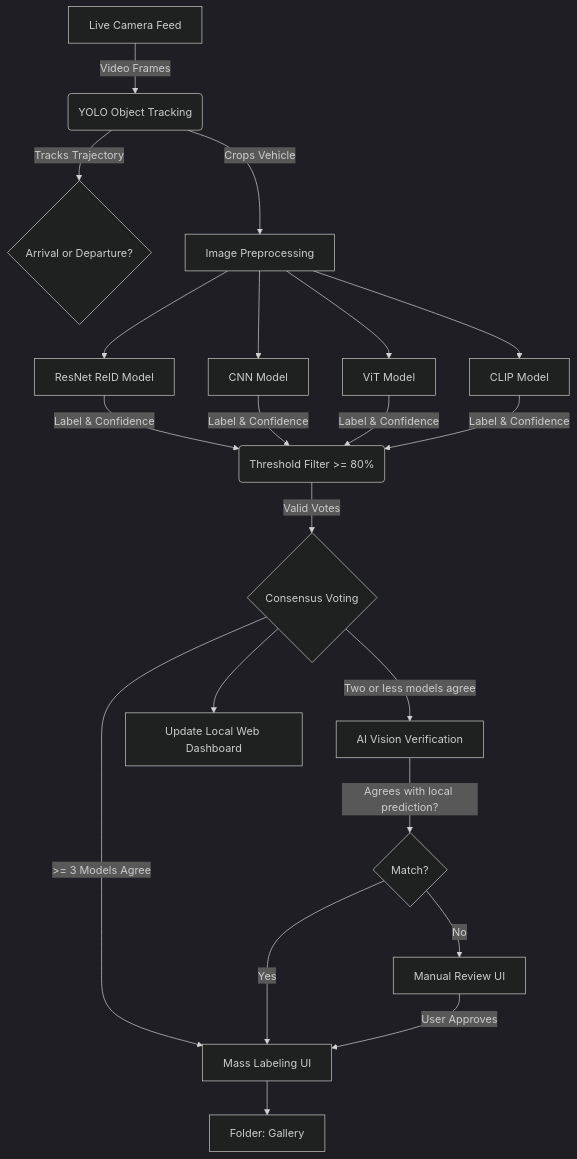
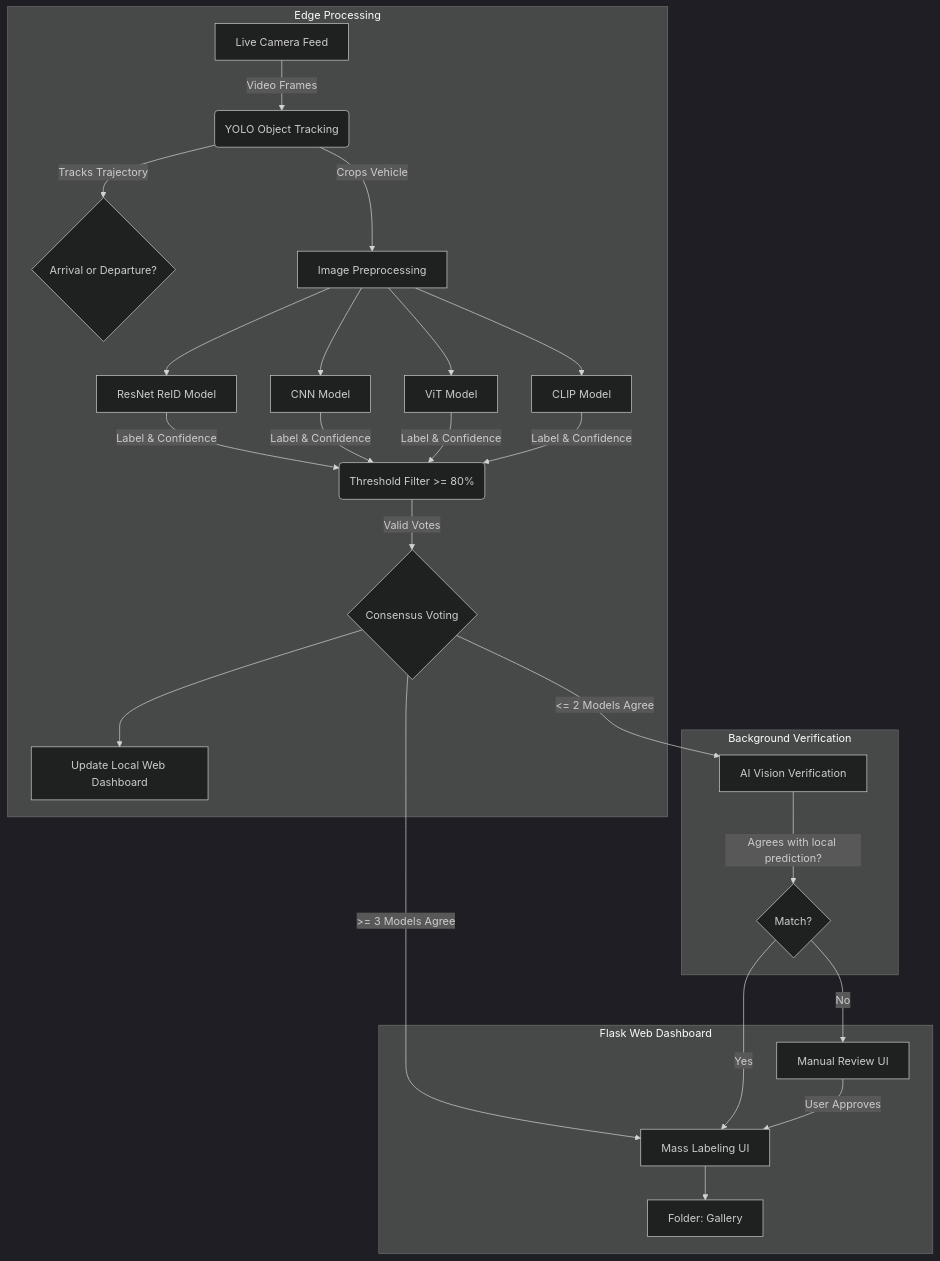
One commit to Nuisey/CaReID changed the diagram in README.md. Above: the diagram before and after it, drawn with Mermaid (dark theme).

Commit message:
Fix Dagre layout engine bug by ensuring Consensus Voting has an internal subgraph edge

````diff
--- a/README.md
+++ b/README.md
@@ -23,34 +23,39 @@
 ```mermaid
 flowchart TD
 
-    A[Live Camera Feed] -->|Video Frames| B(YOLO Object Tracking)
-    B -->|Tracks Trajectory| C{Arrival or Departure?}
-    B -->|Crops Vehicle| D[Image Preprocessing]
+    subgraph Edge Processing
+        A[Live Camera Feed] -->|Video Frames| B(YOLO Object Tracking)
+        B -->|Tracks Trajectory| C{Arrival or Departure?}
+        B -->|Crops Vehicle| D[Image Preprocessing]
 
-    D --> E[ResNet ReID Model]
-    D --> F[CNN Model]
-    D --> G[ViT Model]
-    D --> H[CLIP Model]
+        D --> E[ResNet ReID Model]
+        D --> F[CNN Model]
+        D --> G[ViT Model]
+        D --> H[CLIP Model]
 
-    E & F & G & H -->|Label & Confidence| I(Threshold Filter >= 80%)
-    I -->|Valid Votes| J{Consensus Voting}
+        E & F & G & H -->|Label & Confidence| I(Threshold Filter >= 80%)
+        I -->|Valid Votes| J{Consensus Voting}
+        J --> O[Update Local Web Dashboard]
+    end
     
-    P[AI Vision Verification]
-    Q{Match?}
+    subgraph Background Verification
+        P[AI Vision Verification]
+        Q{Match?}
+    end
 
-    O[Update Local Web Dashboard]
-    R[Manual Review UI]
-    S[Mass Labeling UI]
-    T[Folder: Gallery]
+    subgraph Flask Web Dashboard
+        R[Manual Review UI]
+        S[Mass Labeling UI]
+        T[Folder: Gallery]
+    end
 
     J -- ">= 3 Models Agree" --> S
-    J -- "Two or less models agree" --> P
+    J -- "<= 2 Models Agree" --> P
     
     P -->|Agrees with local prediction?| Q
     Q -- Yes --> S
     
-    J --> O
     Q -- No --> R
     R -- User Approves --> S
     S --> T
 ```
````
